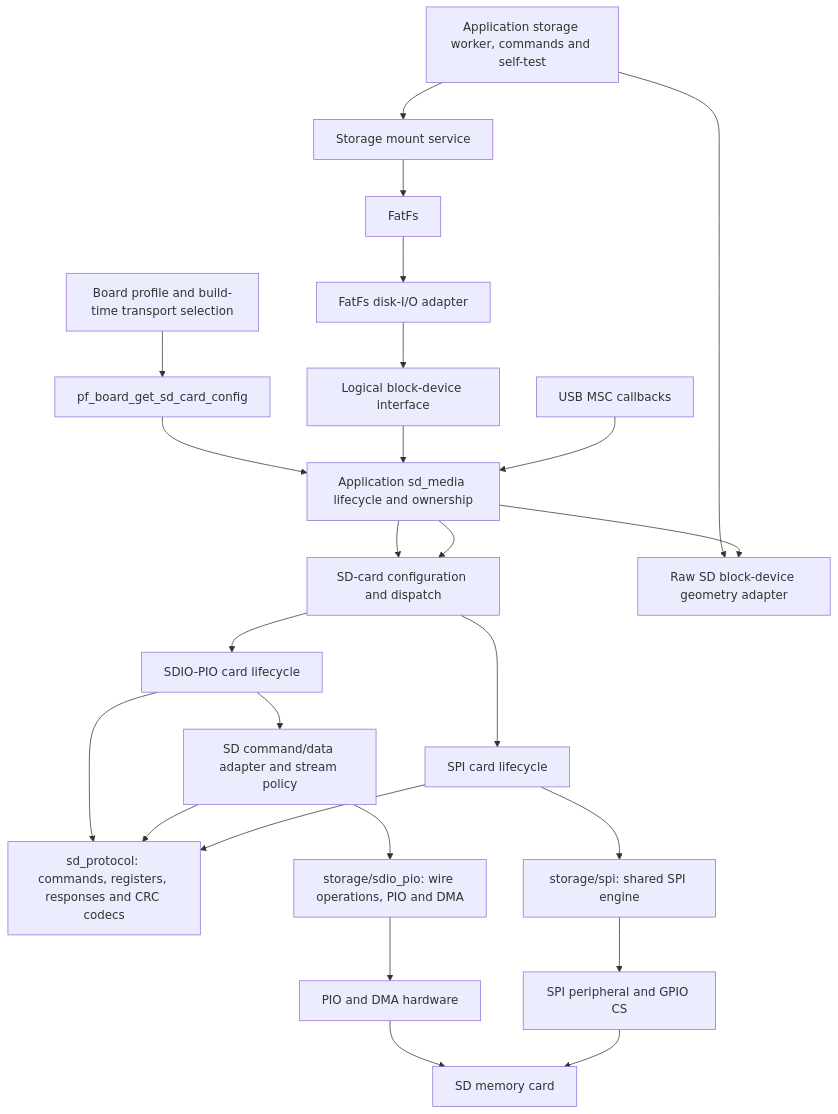
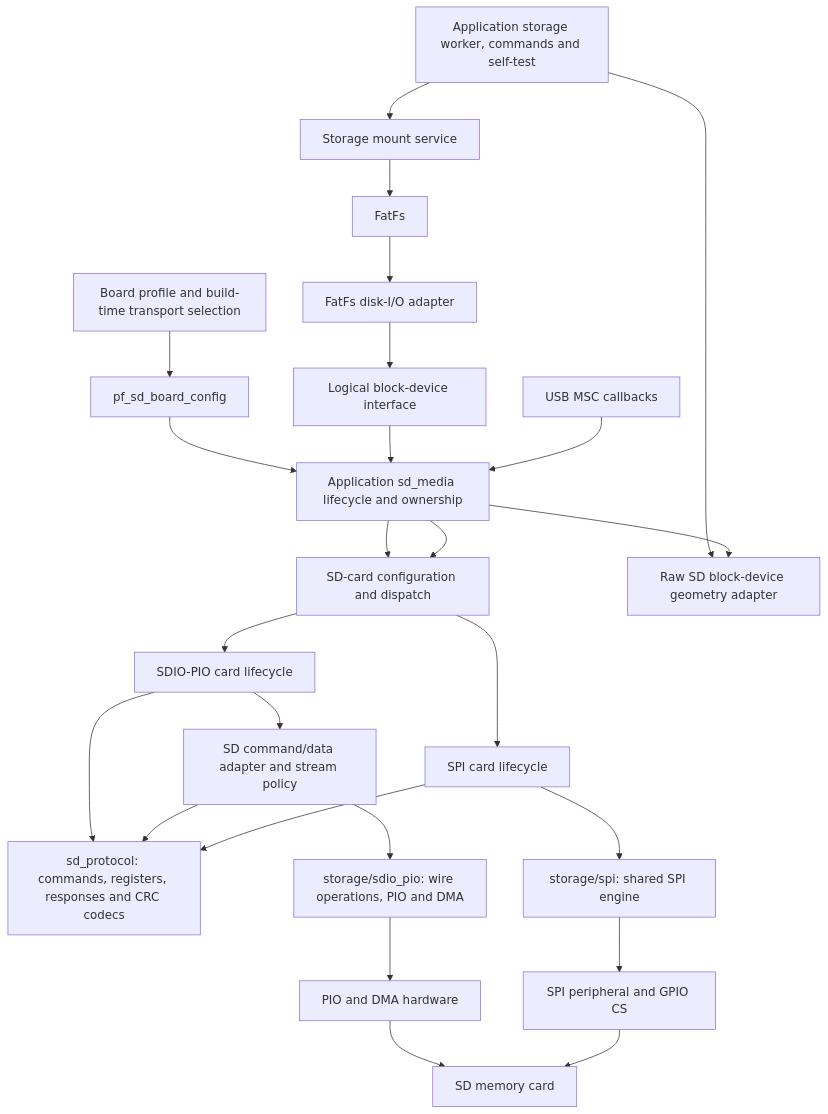
One commit to djwinter29-oss/PicoForge changed the first of 5 diagrams in docs/design/sdcard/sdcard-driver-design.md. Above: the diagram before and after it, drawn with Mermaid. The commit also changed other lines of this file and 102 other files, not shown here.

````diff
--- a/docs/design/sdcard/sdcard-driver-design.md
+++ b/docs/design/sdcard/sdcard-driver-design.md
@@ -85,27 +89,27 @@
 ```mermaid
 flowchart TD
-    Board[Board profile and build-time transport selection] --> Config[pf_board_get_sd_card_config]
+    Board[Board profile and build-time transport selection] --> Config[pf_sd_board_config]
     Config --> Gate[Application sd_media lifecycle and ownership]
     Gate --> Card[SD-card configuration and dispatch]
     App[Application storage worker, commands and self-test] --> Storage[Storage mount service]
     App --> SDAdapter
     Storage --> FatFs[FatFs]
     FatFs --> Disk[FatFs disk-I/O adapter]
     Disk --> Block[Logical block-device interface]
     Block --> Gate
     Gate --> SDAdapter[Raw SD block-device geometry adapter]
     MSC[USB MSC callbacks] --> Gate
     Gate --> Card
     Card --> Native[SDIO-PIO card lifecycle]
     Card --> SPI[SPI card lifecycle]
     Native --> Host[SD command/data adapter and stream policy]
     Native --> Shared[sd_protocol: commands, registers, responses and CRC codecs]
     Host --> Shared
     SPI --> Shared
     Host --> NativeBus[storage/sdio_pio: wire operations, PIO and DMA]
     NativeBus --> PIO[PIO and DMA hardware]
     SPI --> SerialBus[storage/spi: shared SPI engine]
     SerialBus --> Peripheral[SPI peripheral and GPIO CS]
     PIO --> Media[SD memory card]
     Peripheral --> Media
 ```
````
